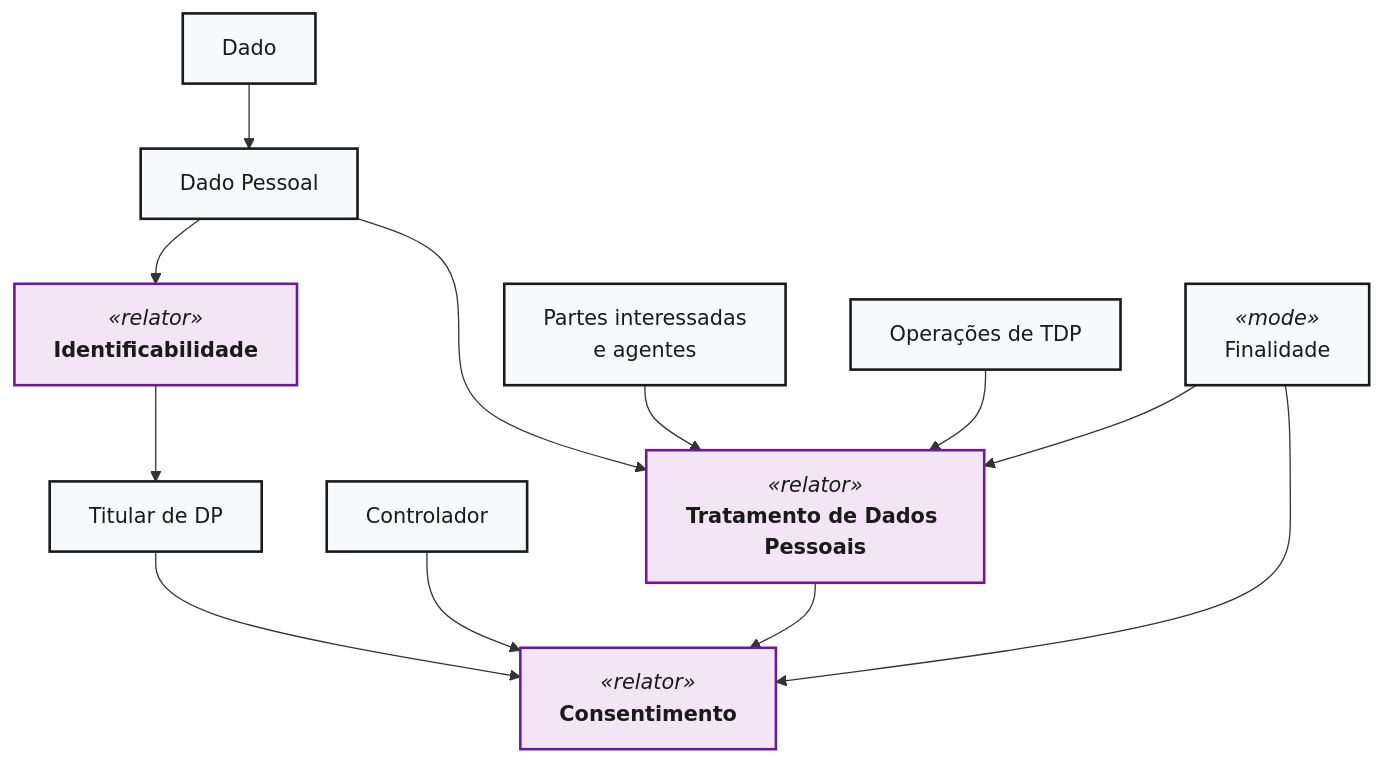
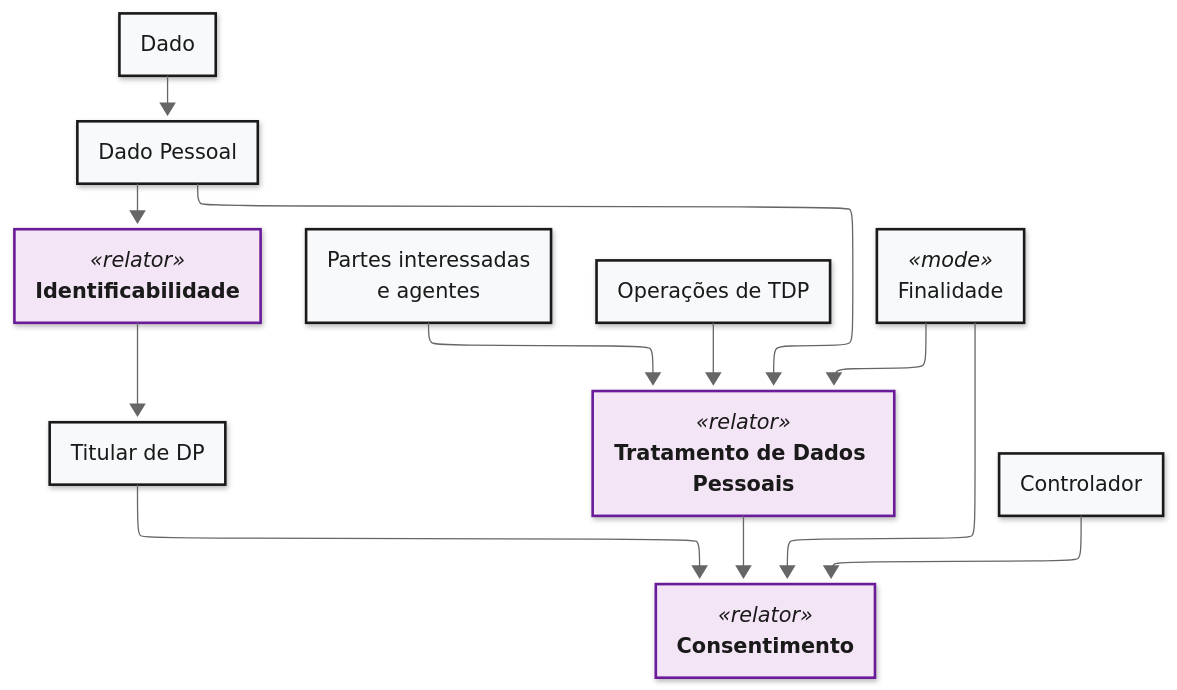
One commit to TNK443/Dissertacao changed the first of 3 diagrams in ONTOPRIVACY/README.md. Above: the diagram before and after it, drawn with Mermaid. The commit also changed other lines of this file, not shown here.

````diff
--- a/ONTOPRIVACY/README.md
+++ b/ONTOPRIVACY/README.md
@@ -78,18 +78,24 @@
 ```mermaid
+---
+config:
+    theme: neutral
+    look: neo
+    layout: elk
+---
 flowchart
     %% Laranja: Agentes (Pessoas/Organizações)
     classDef relator fill:#F3E5F5,stroke:#6A1B9A,stroke-width:2px,color:#1A1A1A;
     classDef geral   fill:#F8F9FA,stroke:#1A1A1A,stroke-width:2px,color:#1A1A1A;
 
     D["Dado"]:::geral --> DP["Dado Pessoal"]:::geral
     DP --> I["<i>«relator»</i>\n<b>Identificabilidade<b>"]:::relator
     I --> T["Titular de DP"]:::geral
     DP --> TDP["<i>«relator»</i>\n<b>Tratamento de Dados Pessoais<b>"]:::relator
     P["Partes interessadas\ne agentes"]:::geral --> TDP
     O["Operações de TDP"]:::geral --> TDP
     F["<i>«mode»</i>\nFinalidade"]:::geral --> TDP
     T --> C["<i>«relator»</i>\n<b>Consentimento<b>"]:::relator
     CTRL["Controlador"]:::geral --> C
     TDP --> C
     F --> C
 ```
````
